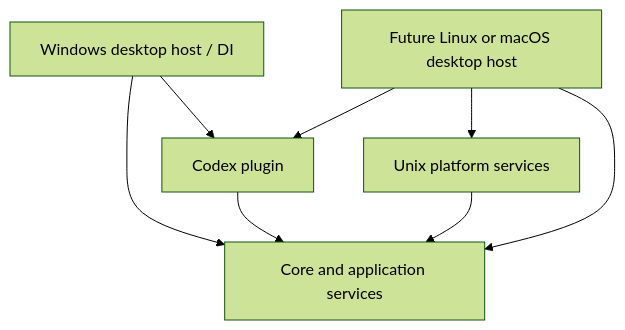
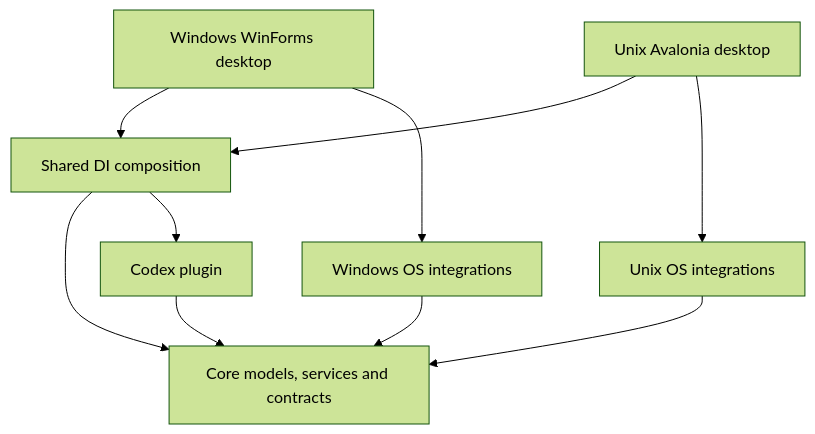
The diagram in docs/ARCHITECTURE.md (ppotepa/codex-monitor), drawn with Mermaid (forest theme) before and after one commit. The commit also changed other lines of this file and 20 other files, not shown here.

Commit message:
Add experimental shared Avalonia desktop for Linux and macOS

````diff
--- a/docs/ARCHITECTURE.md
+++ b/docs/ARCHITECTURE.md
@@ -17,10 +19,12 @@
 ```mermaid
 flowchart TB
-    Windows[Windows desktop host / DI] --> Core[Core and application services]
-    Windows --> Codex[Codex plugin]
+    Windows[Windows WinForms desktop] --> Composition[Shared DI composition]
+    UnixApp[Unix Avalonia desktop] --> Composition
+    UnixApp --> UnixOs[Unix OS integrations]
+    Windows --> WindowsOs[Windows OS integrations]
+    Composition --> Core[Core models, services and contracts]
+    Composition --> Codex[Codex plugin]
     Codex --> Core
-    Unix[Unix platform services] --> Core
-    Host[Future Linux or macOS desktop host] --> Unix
-    Host --> Codex
-    Host --> Core
+    UnixOs --> Core
+    WindowsOs --> Core
 ```
````
